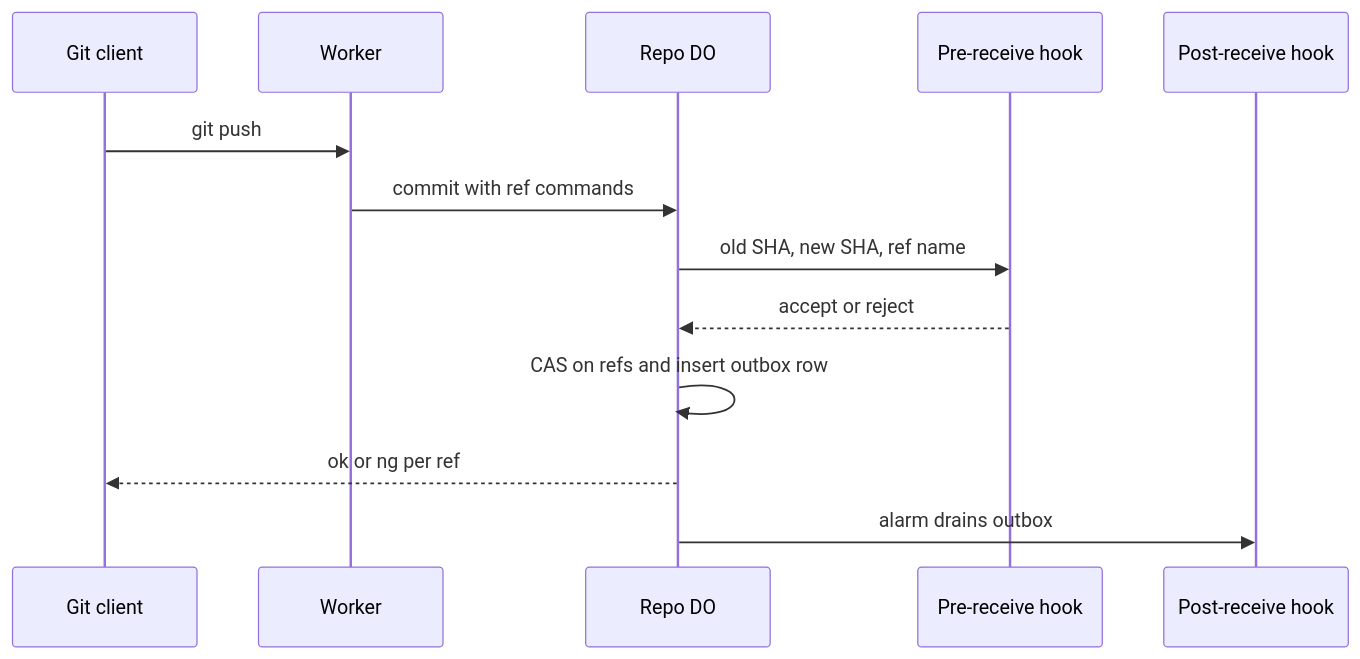
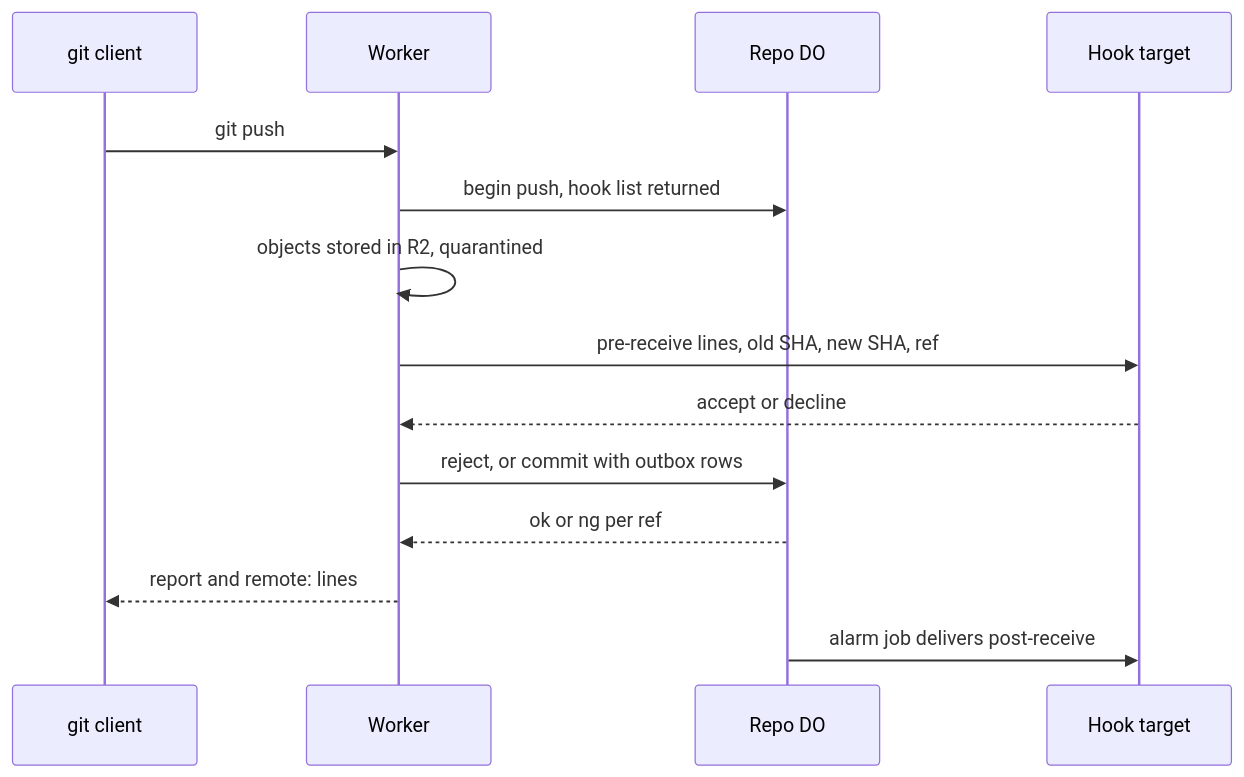
One commit to idl3/git-edge changed the diagram in plain/hooks-as-workers.md. Above: the diagram before and after it, drawn with Mermaid. The commit also changed other lines of this file and 65 other files, not shown here.

````diff
--- a/plain/hooks-as-workers.md
+++ b/plain/hooks-as-workers.md
@@ -25,15 +28,16 @@
 ```mermaid
 sequenceDiagram
-  participant Client as Git client
+  participant Client as git client
   participant Worker
   participant DO as Repo DO
-  participant Pre as Pre-receive hook
-  participant Post as Post-receive hook
+  participant Hook as Hook target
   Client->>Worker: git push
-  Worker->>DO: commit with ref commands
-  DO->>Pre: old SHA, new SHA, ref name
-  Pre-->>DO: accept or reject
-  DO->>DO: CAS on refs and insert outbox row
-  DO-->>Client: ok or ng per ref
-  DO->>Post: alarm drains outbox
+  Worker->>DO: begin push, hook list returned
+  Worker->>Worker: objects stored in R2, quarantined
+  Worker->>Hook: pre-receive lines, old SHA, new SHA, ref
+  Hook-->>Worker: accept or decline
+  Worker->>DO: reject, or commit with outbox rows
+  DO-->>Worker: ok or ng per ref
+  Worker-->>Client: report and remote: lines
+  DO->>Hook: alarm job delivers post-receive
 ```
````
